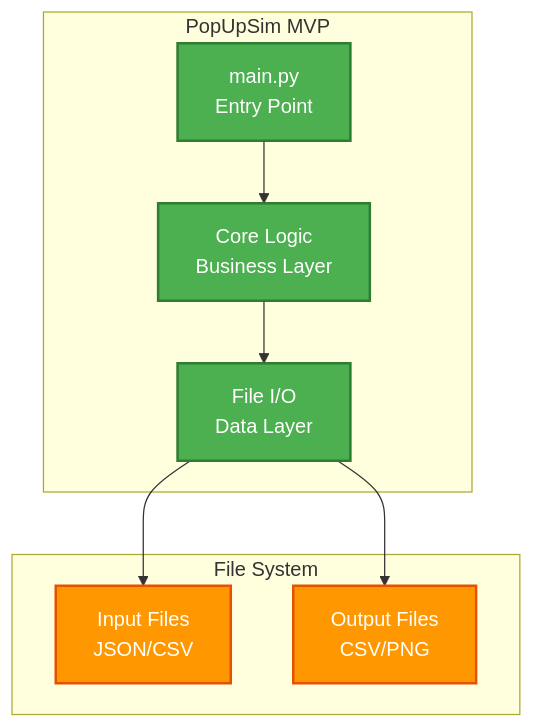
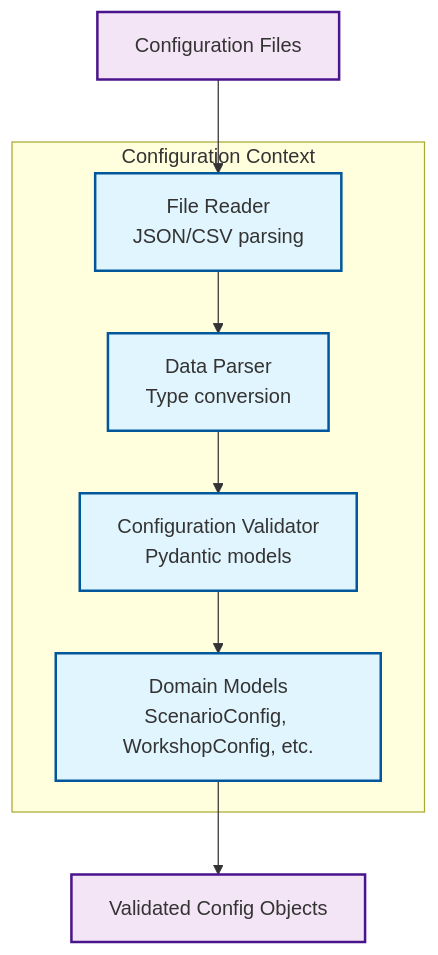
One commit to OpenRailAssociation/dac-migration-dss-popupsim changed the second of 4 diagrams in docs/mvp/architecture/05-building-blocks.md. Above: the diagram before and after it, drawn with Mermaid. The commit also changed other lines of this file and 19 other files, not shown here.

First line of the commit message:
docs(pages): 📝 update MVP architecture

````diff
--- a/docs/mvp/architecture/05-building-blocks.md
+++ b/docs/mvp/architecture/05-building-blocks.md
@@ -7,24 +58,21 @@
 ```mermaid
 graph TB
-    subgraph "PopUpSim MVP"
-        Main[main.py<br/>Entry Point]
-        Core[Core Logic<br/>Business Layer]
-        IO[File I/O<br/>Data Layer]
+    subgraph "Configuration Context"
+        FileReader["File Reader<br/>JSON/CSV parsing"]
+        Parser["Data Parser<br/>Type conversion"]
+        Validator["Configuration Validator<br/>Pydantic models"]
+        Models["Domain Models<br/>ScenarioConfig, WorkshopConfig, etc."]
     end
 
-    subgraph "File System"
-        Input[Input Files<br/>JSON/CSV]
-        Output[Output Files<br/>CSV/PNG]
-    end
+    Files[Configuration Files] --> FileReader
+    FileReader --> Parser
+    Parser --> Validator
+    Validator --> Models
+    Models --> Output[Validated Config Objects]
 
-    Main --> Core
-    Core --> IO
-    IO --> Input
-    IO --> Output
+    classDef component fill:#e1f5fe,stroke:#01579b,stroke-width:2px
+    classDef external fill:#f3e5f5,stroke:#4a148c,stroke-width:2px
 
-    classDef container fill:#4caf50,stroke:#2e7d32,stroke-width:2px,color:#fff
-    classDef files fill:#ff9800,stroke:#e65100,stroke-width:2px,color:#fff
-
-    class Main,Core,IO container
-    class Input,Output files
+    class FileReader,Parser,Validator,Models component
+    class Files,Output external
 ```
````
